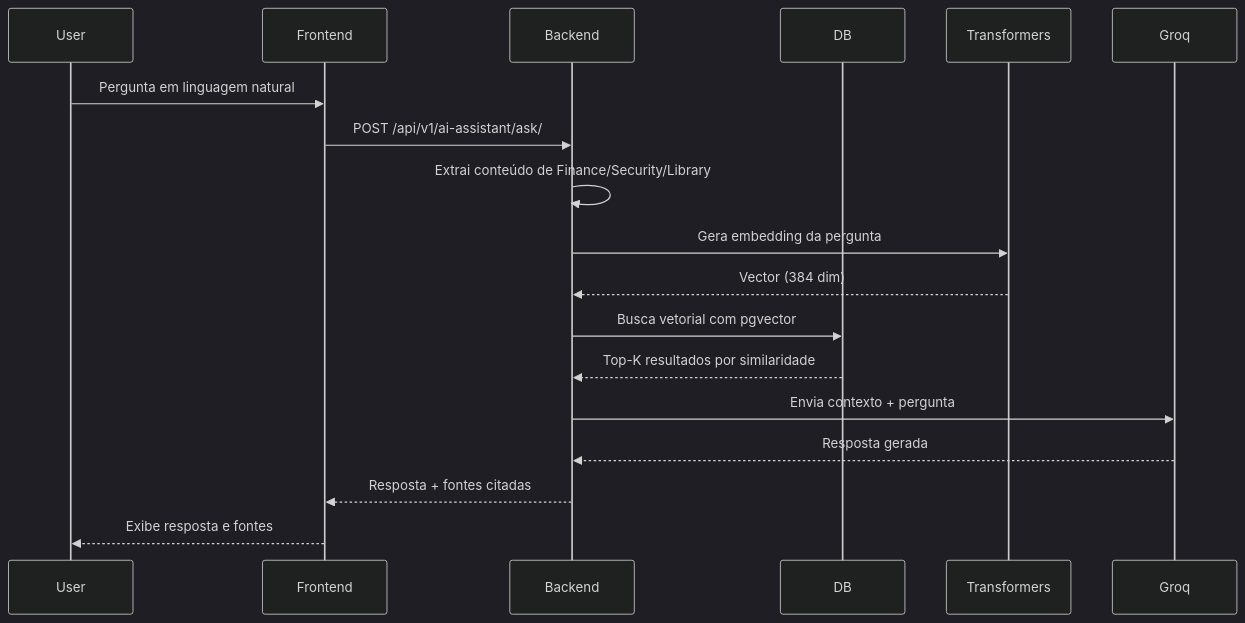
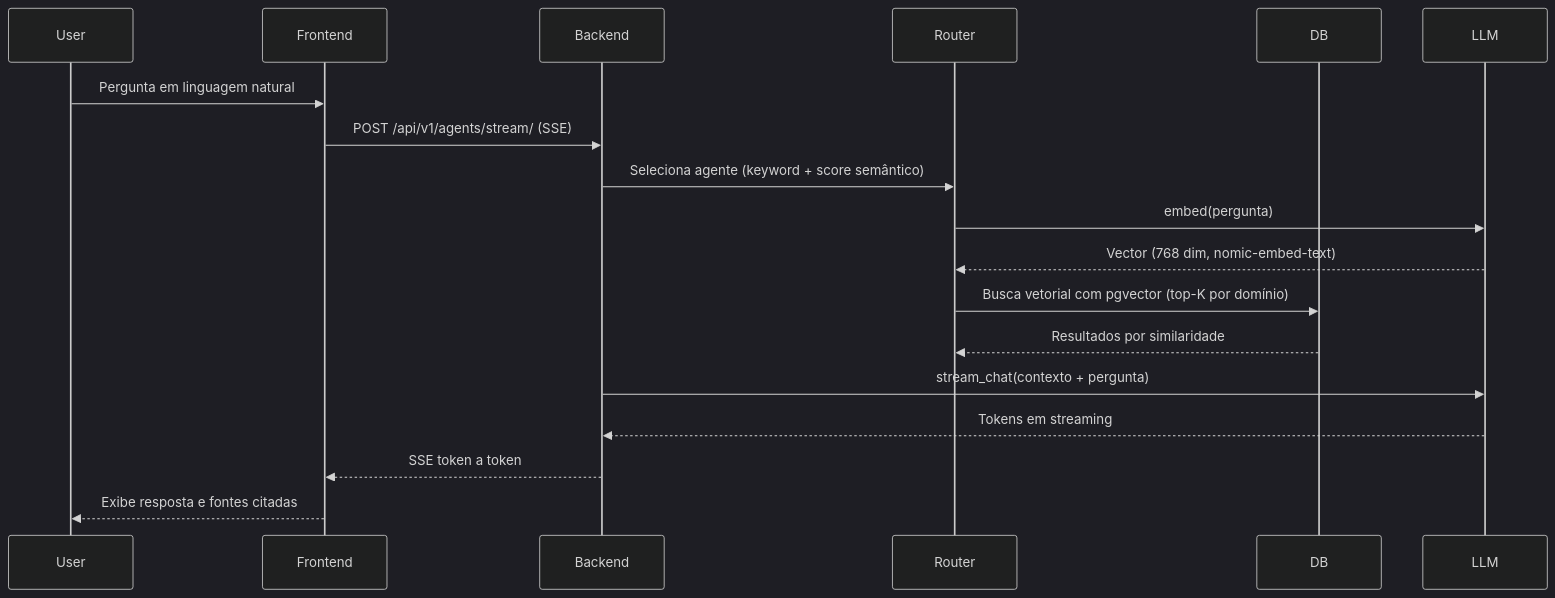
Before and after one commit to tarcisioribeiro/Axiom: the second of 2 diagrams in documentation/architecture/overview.md, drawn with Mermaid (dark theme). The commit also changed other lines of this file and 3 other files, not shown here.

Commit message:
docs/update-architecture-and-readme

````diff
--- a/documentation/architecture/overview.md
+++ b/documentation/architecture/overview.md
@@ -377,21 +412,21 @@
 ```mermaid
 sequenceDiagram
     participant User
     participant Frontend
     participant Backend
+    participant Router
     participant DB
-    participant Transformers
-    participant Groq
+    participant LLM
 
     User->>Frontend: Pergunta em linguagem natural
-    Frontend->>Backend: POST /api/v1/ai-assistant/ask/
-    Backend->>Backend: Extrai conteúdo de Finance/Security/Library
-    Backend->>Transformers: Gera embedding da pergunta
-    Transformers-->>Backend: Vector (384 dim)
-    Backend->>DB: Busca vetorial com pgvector
-    DB-->>Backend: Top-K resultados por similaridade
-    Backend->>Groq: Envia contexto + pergunta
-    Groq-->>Backend: Resposta gerada
-    Backend-->>Frontend: Resposta + fontes citadas
-    Frontend-->>User: Exibe resposta e fontes
+    Frontend->>Backend: POST /api/v1/agents/stream/ (SSE)
+    Backend->>Router: Seleciona agente (keyword + score semântico)
+    Router->>LLM: embed(pergunta)
+    LLM-->>Router: Vector (768 dim, nomic-embed-text)
+    Router->>DB: Busca vetorial com pgvector (top-K por domínio)
+    DB-->>Router: Resultados por similaridade
+    Backend->>LLM: stream_chat(contexto + pergunta)
+    LLM-->>Backend: Tokens em streaming
+    Backend-->>Frontend: SSE token a token
+    Frontend-->>User: Exibe resposta e fontes citadas
 ```
````
